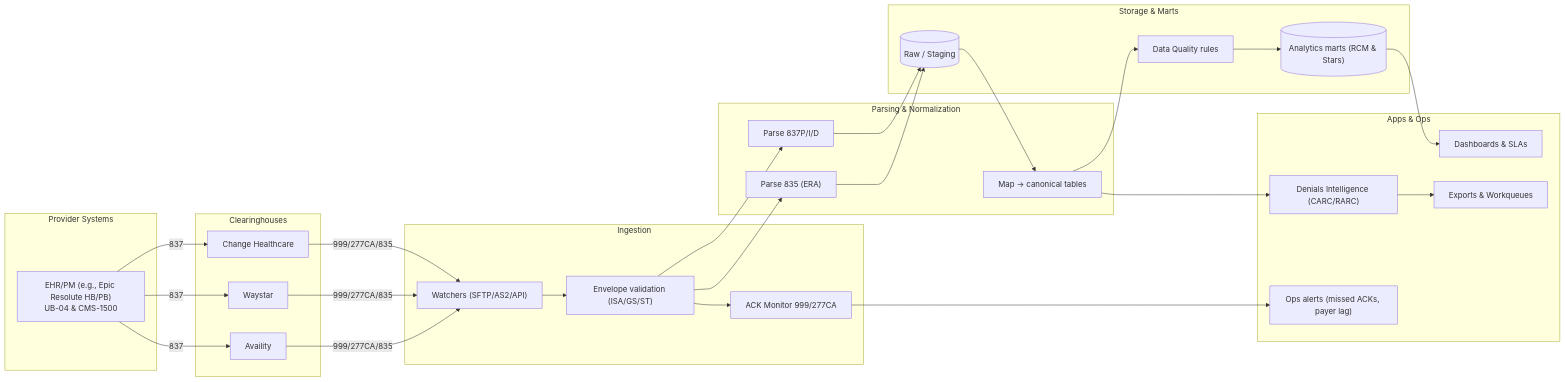
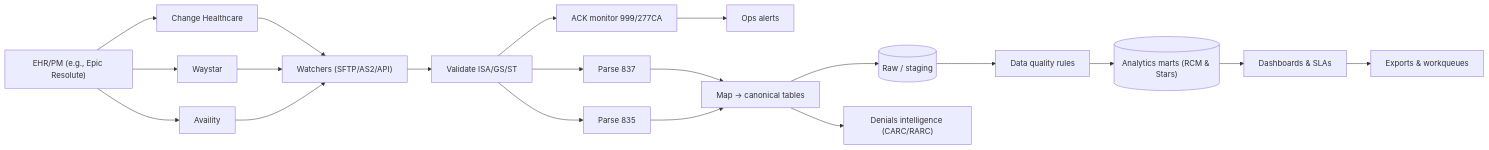
Before and after one commit to daniel-QMTRY/Claims-Data-Pipeline-Automation: the diagram in README.md, drawn with Mermaid. The commit also changed other lines of this file, not shown here.

````diff
--- a/README.md
+++ b/README.md
@@ -34,51 +64,27 @@
 ```mermaid
 flowchart LR
-  subgraph Provider_Systems["Provider Systems"]
-    EHR["EHR/PM (e.g., Epic Resolute HB/PB)<br/>UB-04 & CMS-1500"]
-  end
+  A["EHR/PM (e.g., Epic Resolute)"] --> B1["Change Healthcare"]
+  A --> B2["Waystar"]
+  A --> B3["Availity"]
 
-  subgraph Clearinghouses
-    CH1["Change Healthcare"]
-    CH2["Waystar"]
-    CH3["Availity"]
-  end
+  B1 --> C["Watchers (SFTP/AS2/API)"]
+  B2 --> C
+  B3 --> C
 
-  subgraph Ingestion["Ingestion"]
-    W1["Watchers (SFTP/AS2/API)"]
-    VAL["Envelope validation (ISA/GS/ST)"]
-    ACK["ACK Monitor 999/277CA"]
-  end
+  C --> D["Validate ISA/GS/ST"]
+  D --> E["ACK monitor 999/277CA"]
+  E --> Z["Ops alerts"]
 
-  subgraph Parsing_Normalization["Parsing & Normalization"]
-    P1["Parse 837P/I/D"]
-    P2["Parse 835 (ERA)"]
-    MAP["Map → canonical tables"]
-  end
+  D --> F["Parse 837"]
+  D --> G["Parse 835"]
+  F --> H["Map → canonical tables"]
+  G --> H
 
-  subgraph Storage_Marts["Storage & Marts"]
-    STG[("Raw / Staging")]
-    DQ["Data Quality rules"]
-    MART[("Analytics marts (RCM & Stars)")]
-  end
+  H --> I[("Raw / staging")]
+  I --> J["Data quality rules"]
+  J --> K[("Analytics marts (RCM & Stars)")]
+  K --> L["Dashboards & SLAs"]
 
-  subgraph Apps_Ops["Apps & Ops"]
-    DEN["Denials Intelligence (CARC/RARC)"]
-    DB["Dashboards & SLAs"]
-    EXP["Exports & Workqueues"]
-    ALERT["Ops alerts (missed ACKs, payer lag)"]
-  end
-
-  EHR -->|837| CH1
-  EHR -->|837| CH2
-  EHR -->|837| CH3
-  CH1 -->|999/277CA/835| W1
-  CH2 -->|999/277CA/835| W1
-  CH3 -->|999/277CA/835| W1
-  W1 --> VAL --> ACK
-  ACK --> ALERT
-  VAL --> P1
-  VAL --> P2
-  P1 --> STG --> MAP --> DQ --> MART --> DB
-  P2 --> STG
-  MAP --> DEN --> EXP
+  H --> M["Denials intelligence (CARC/RARC)"]
+  L --> N["Exports & workqueues"]
 ```
````
